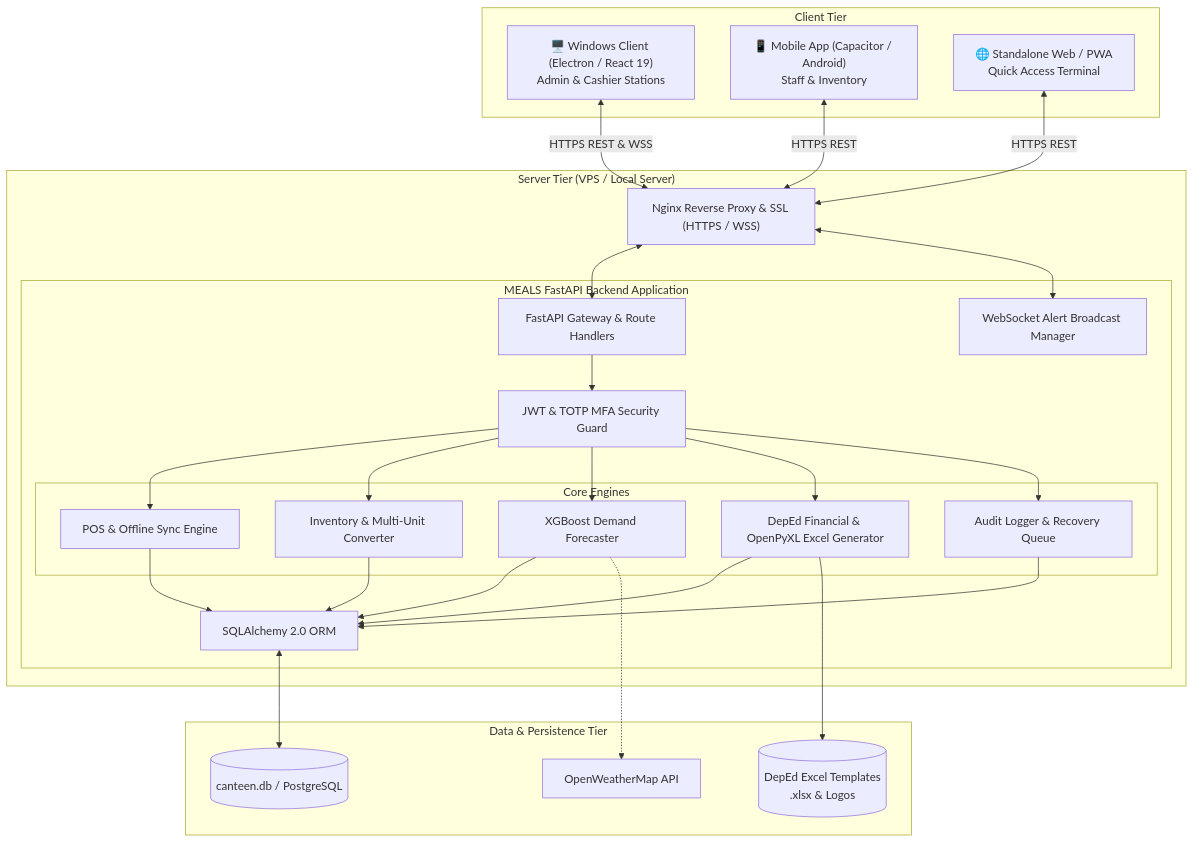
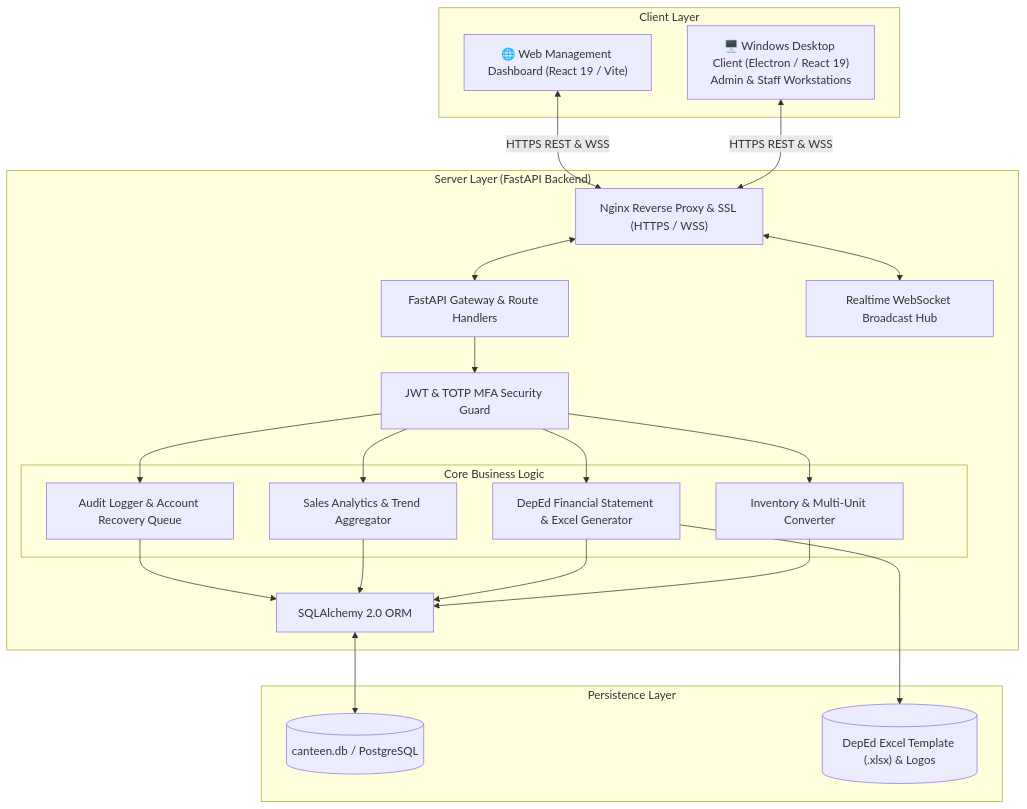
One commit to RonaldMark17/SmartCanteen changed the diagram in README.md. Above: the diagram before and after it, drawn with Mermaid. The commit also changed other lines of this file and 7 other files, not shown here.

````diff
--- a/README.md
+++ b/README.md
@@ -45,58 +40,48 @@
 ```mermaid
 graph TB
-    subgraph "Client Tier"
-        DesktopClient["🖥️ Windows Client (Electron / React 19)<br/>Admin & Cashier Stations"]
-        MobileClient["📱 Mobile App (Capacitor / Android)<br/>Staff & Inventory"]
-        WebPWA["🌐 Standalone Web / PWA<br/>Quick Access Terminal"]
+    subgraph "Client Layer"
+        DesktopApp["🖥️ Windows Desktop Client (Electron / React 19)<br/>Admin & Staff Workstations"]
+        WebApp["🌐 Web Management Dashboard (React 19 / Vite)"]
     end
 
-    subgraph "Server Tier (VPS / Local Server)"
+    subgraph "Server Layer (FastAPI Backend)"
         Nginx["Nginx Reverse Proxy & SSL (HTTPS / WSS)"]
+        Router["FastAPI Gateway & Route Handlers"]
+        AuthGuard["JWT & TOTP MFA Security Guard"]
+        WSHub["Realtime WebSocket Broadcast Hub"]
         
-        subgraph "MEALS FastAPI Backend Application"
-            Router["FastAPI Gateway & Route Handlers"]
-            AuthGuard["JWT & TOTP MFA Security Guard"]
-            WSHub["WebSocket Alert Broadcast Manager"]
-            
-            subgraph "Core Engines"
-                POSEngine["POS & Offline Sync Engine"]
-                InventoryEngine["Inventory & Multi-Unit Converter"]
-                MLEngine["XGBoost Demand Forecaster"]
-                ReportEngine["DepEd Financial & OpenPyXL Excel Generator"]
-                AuditEngine["Audit Logger & Recovery Queue"]
-            end
-            
-            ORMLayer["SQLAlchemy 2.0 ORM"]
+        subgraph "Core Business Logic"
+            InventoryEngine["Inventory & Multi-Unit Converter"]
+            ReportEngine["DepEd Financial Statement & Excel Generator"]
+            AnalyticsEngine["Sales Analytics & Trend Aggregator"]
+            AuditEngine["Audit Logger & Account Recovery Queue"]
         end
+        
+        ORMLayer["SQLAlchemy 2.0 ORM"]
     end
 
-    subgraph "Data & Persistence Tier"
-        SQLiteDB[(canteen.db / PostgreSQL)]
-        ExcelTpl[("DepEd Excel Templates<br/>.xlsx & Logos")]
-        WeatherService["OpenWeatherMap API"]
+    subgraph "Persistence Layer"
+        DB[(canteen.db / PostgreSQL)]
+        ExcelTpl[("DepEd Excel Template (.xlsx) & Logos")]
     end
 
-    DesktopClient <-->|HTTPS REST & WSS| Nginx
-    MobileClient <-->|HTTPS REST| Nginx
-    WebPWA <-->|HTTPS REST| Nginx
+    DesktopApp <-->|HTTPS REST & WSS| Nginx
+    WebApp <-->|HTTPS REST & WSS| Nginx
 
     Nginx <--> Router
     Nginx <--> WSHub
 
     Router --> AuthGuard
-    AuthGuard --> POSEngine
     AuthGuard --> InventoryEngine
-    AuthGuard --> MLEngine
     AuthGuard --> ReportEngine
+    AuthGuard --> AnalyticsEngine
     AuthGuard --> AuditEngine
 
-    POSEngine --> ORMLayer
     InventoryEngine --> ORMLayer
-    MLEngine --> ORMLayer
     ReportEngine --> ORMLayer
+    AnalyticsEngine --> ORMLayer
     AuditEngine --> ORMLayer
 
-    MLEngine -.-> WeatherService
     ReportEngine --> ExcelTpl
-    ORMLayer <--> SQLiteDB
+    ORMLayer <--> DB
 ```
````
